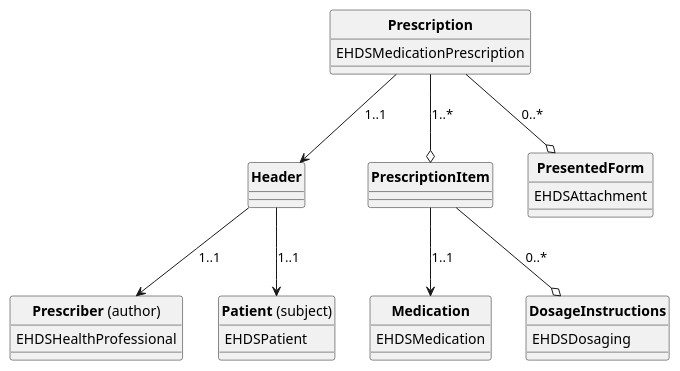
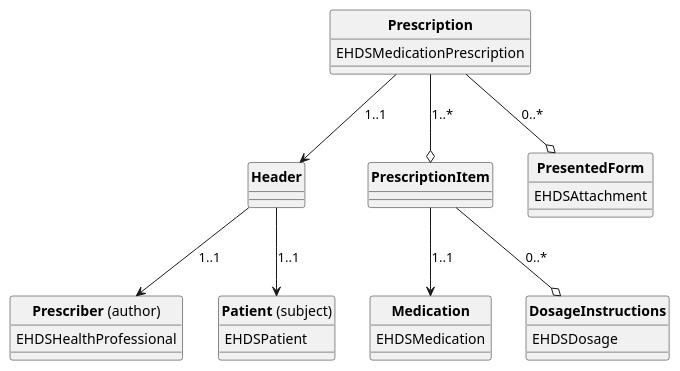
Before and after one commit to Xt-EHR/xt-ehr-common: the diagram in input/images-source/prescription.plantuml, drawn with PlantUML. The commit also changed 12 other files, not shown here.

```diff
--- a/input/images-source/prescription.plantuml
+++ b/input/images-source/prescription.plantuml
@@ -1,55 +1,55 @@
 @startuml
 skinparam linetype polyline
 hide circle
 hide stereotype
 
 
 class "**Prescription**" as eP{
   EHDSMedicationPrescription 
 }
 
 eP --> Header: "1..1"
 eP --o Item: "1..*"
 eP --o PresentedForm: "0..*"
 
 class "**Prescriber** (author)" as Prescriber{
   EHDSHealthProfessional   
   
 }
 
 class "**Patient** (subject)" as Patient{
   EHDSPatient   
 
 }
 
 class "**Header**" as Header{
      
 
 }
 
 Header --> Prescriber: "1..1"
 Header --> Patient: "1..1"
 
 
 class "**PrescriptionItem**" as Item{ 
 }
 
 Item --> Medication: "1..1"
 Item --o Dosage: "0..*"
 
 
 class "**DosageInstructions**" as Dosage{
-  EHDSDosaging   
+  EHDSDosage   
  
 }
 
 class "**Medication**" as Medication{
   EHDSMedication
  
 }
 
 class "**PresentedForm**" as PresentedForm{
   EHDSAttachment   
  
 }
 @enduml
```
